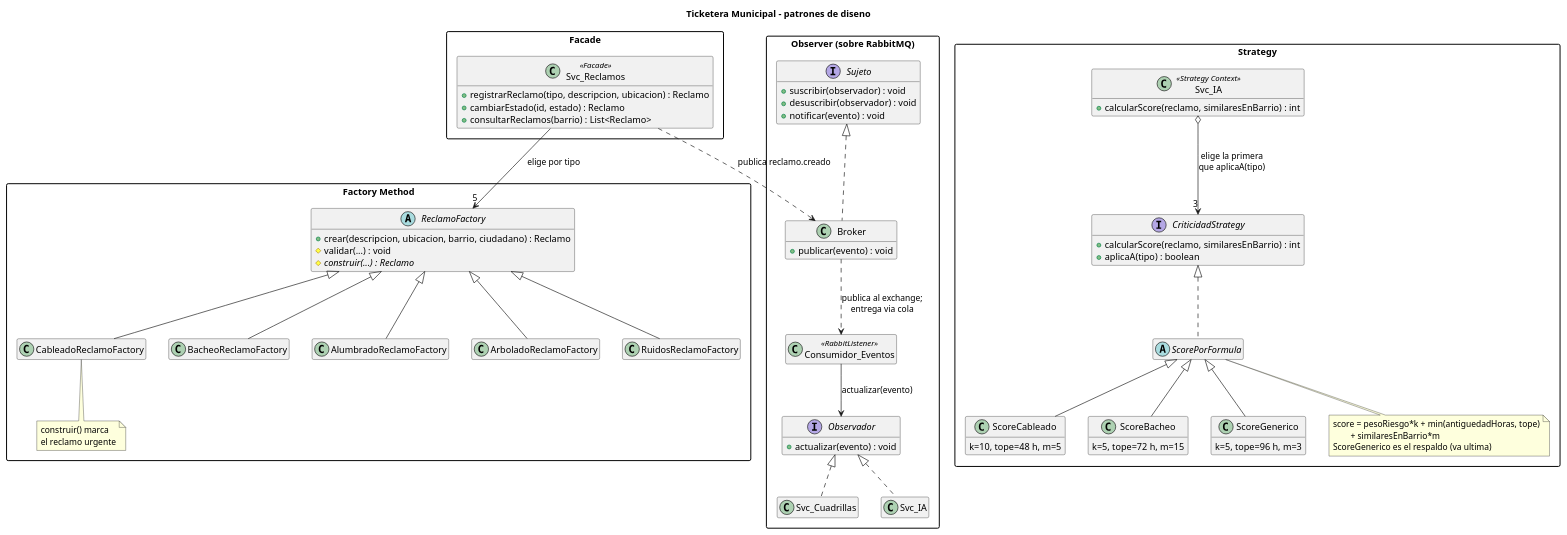
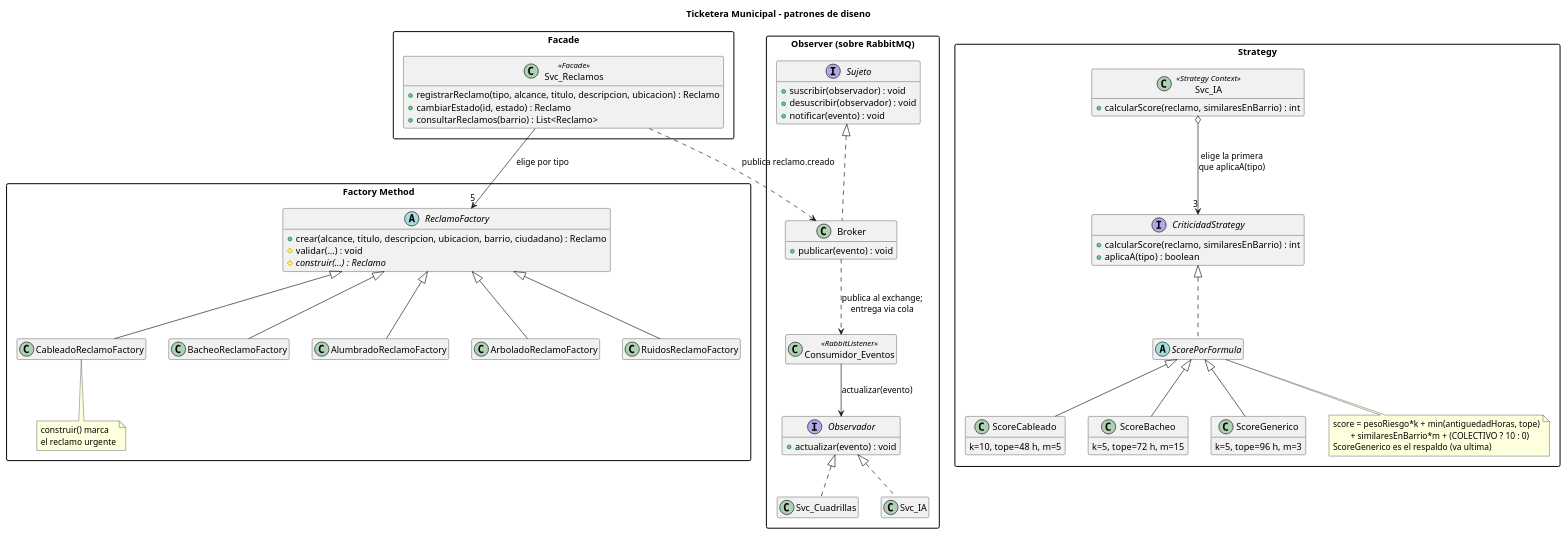
Before and after one commit to francolovera24/Backend-TicketeraMunicipal-DDA2: the diagram in docs/01b_clases_patrones.puml, drawn with PlantUML. The commit also changed 36 other files, not shown here.

Commit message:
feat: incorporar alcance personal y colectivo con adicional de criticidad

```diff
--- a/docs/01b_clases_patrones.puml
+++ b/docs/01b_clases_patrones.puml
@@ -1,96 +1,96 @@
 @startuml 01b_clases_patrones
 title Ticketera Municipal - patrones de diseno
 
 hide empty members
 skinparam packageStyle rectangle
 
 package "Facade" {
     class Svc_Reclamos <<Facade>> {
-        +registrarReclamo(tipo, descripcion, ubicacion) : Reclamo
+        +registrarReclamo(tipo, alcance, titulo, descripcion, ubicacion) : Reclamo
         +cambiarEstado(id, estado) : Reclamo
         +consultarReclamos(barrio) : List<Reclamo>
     }
 }
 
 package "Factory Method" {
     abstract class ReclamoFactory {
-        +crear(descripcion, ubicacion, barrio, ciudadano) : Reclamo
+        +crear(alcance, titulo, descripcion, ubicacion, barrio, ciudadano) : Reclamo
         #validar(...) : void
         #{abstract} construir(...) : Reclamo
     }
     class CableadoReclamoFactory
     class BacheoReclamoFactory
     class AlumbradoReclamoFactory
     class ArboladoReclamoFactory
     class RuidosReclamoFactory
 
     ReclamoFactory <|-- CableadoReclamoFactory
     ReclamoFactory <|-- BacheoReclamoFactory
     ReclamoFactory <|-- AlumbradoReclamoFactory
     ReclamoFactory <|-- ArboladoReclamoFactory
     ReclamoFactory <|-- RuidosReclamoFactory
 
     note bottom of CableadoReclamoFactory
       construir() marca
       el reclamo urgente
     end note
 }
 
 package "Strategy" {
     interface CriticidadStrategy {
         +calcularScore(reclamo, similaresEnBarrio) : int
         +aplicaA(tipo) : boolean
     }
     abstract class ScorePorFormula
     class ScoreCableado {
         k=10, tope=48 h, m=5
     }
     class ScoreBacheo {
         k=5, tope=72 h, m=15
     }
     class ScoreGenerico {
         k=5, tope=96 h, m=3
     }
     class Svc_IA <<Strategy Context>> {
         +calcularScore(reclamo, similaresEnBarrio) : int
     }
 
     CriticidadStrategy <|.. ScorePorFormula
     ScorePorFormula <|-- ScoreCableado
     ScorePorFormula <|-- ScoreBacheo
     ScorePorFormula <|-- ScoreGenerico
     Svc_IA o--> "3" CriticidadStrategy : elige la primera\nque aplicaA(tipo)
 
     note bottom of ScorePorFormula
       score = pesoRiesgo*k + min(antiguedadHoras, tope)
-              + similaresEnBarrio*m
+              + similaresEnBarrio*m + (COLECTIVO ? 10 : 0)
       ScoreGenerico es el respaldo (va ultima)
     end note
 }
 
 package "Observer (sobre RabbitMQ)" {
     interface Sujeto {
         +suscribir(observador) : void
         +desuscribir(observador) : void
         +notificar(evento) : void
     }
     interface Observador {
         +actualizar(evento) : void
     }
     class Broker {
         +publicar(evento) : void
     }
     class Consumidor_Eventos <<RabbitListener>>
     class Svc_Cuadrillas
     class Svc_IA_Observador as "Svc_IA"
 
     Sujeto <|.. Broker
     Observador <|.. Svc_Cuadrillas
     Observador <|.. Svc_IA_Observador
     Broker ..> Consumidor_Eventos : publica al exchange;\nentrega via cola
     Consumidor_Eventos --> Observador : actualizar(evento)
 }
 
 Svc_Reclamos --> "5" ReclamoFactory : elige por tipo
 Svc_Reclamos ..> Broker : publica reclamo.creado
 @enduml
```
